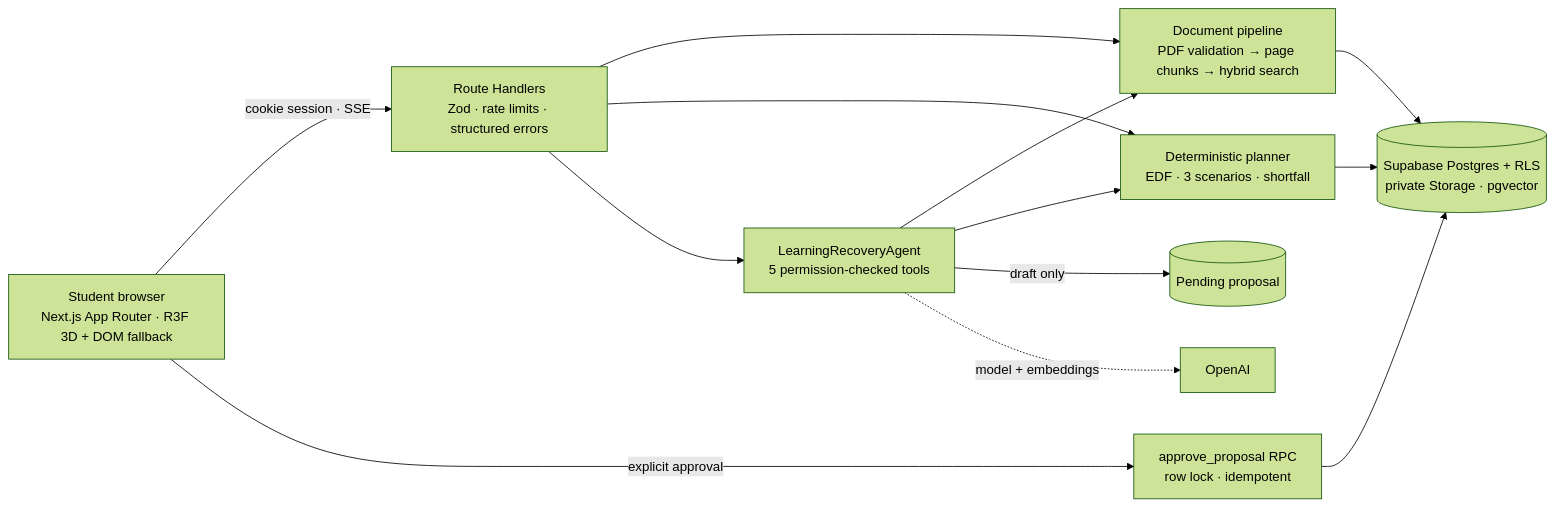
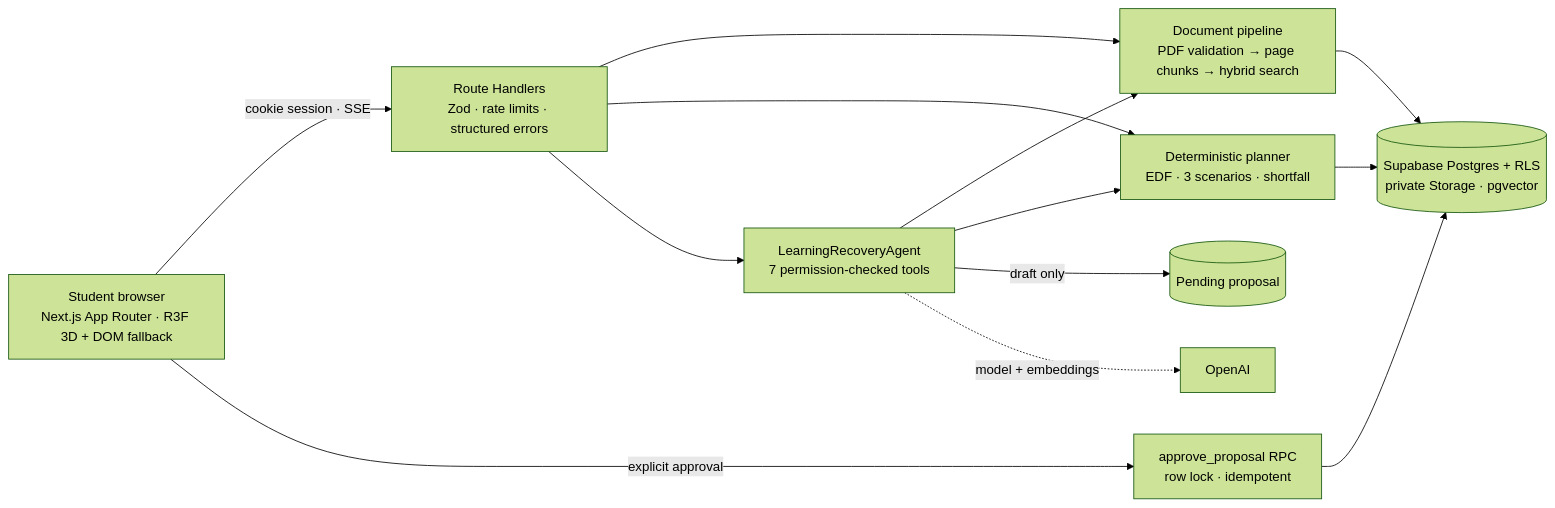
The diagram in README.md (krish2105/CatchupAI-Agentic-AI), drawn with Mermaid (forest theme) before and after one commit. The commit also changed other lines of this file and 65 other files, not shown here.

````diff
--- a/README.md
+++ b/README.md
@@ -84,15 +116,15 @@
 ```mermaid
 flowchart LR
   U[Student browser<br/>Next.js App Router · R3F 3D + DOM fallback] -->|cookie session · SSE| API[Route Handlers<br/>Zod · rate limits · structured errors]
   API --> RAG[Document pipeline<br/>PDF validation → page chunks → hybrid search]
   API --> PLAN[Deterministic planner<br/>EDF · 3 scenarios · shortfall]
-  API --> AGENT[LearningRecoveryAgent<br/>5 permission-checked tools]
+  API --> AGENT[LearningRecoveryAgent<br/>7 permission-checked tools]
   AGENT --> RAG
   AGENT --> PLAN
   AGENT -->|draft only| PROP[(Pending proposal)]
   U -->|explicit approval| APPROVE[approve_proposal RPC<br/>row lock · idempotent]
   APPROVE --> DB[(Supabase Postgres + RLS<br/>private Storage · pgvector)]
   RAG --> DB
   PLAN --> DB
   AGENT -. model + embeddings .-> OAI[OpenAI]
 ```
````
